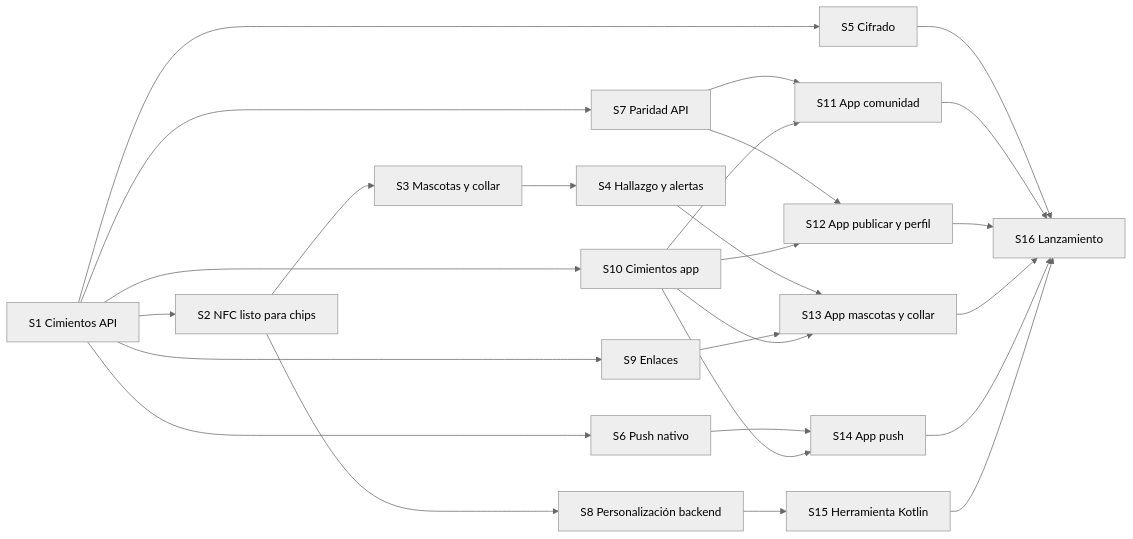
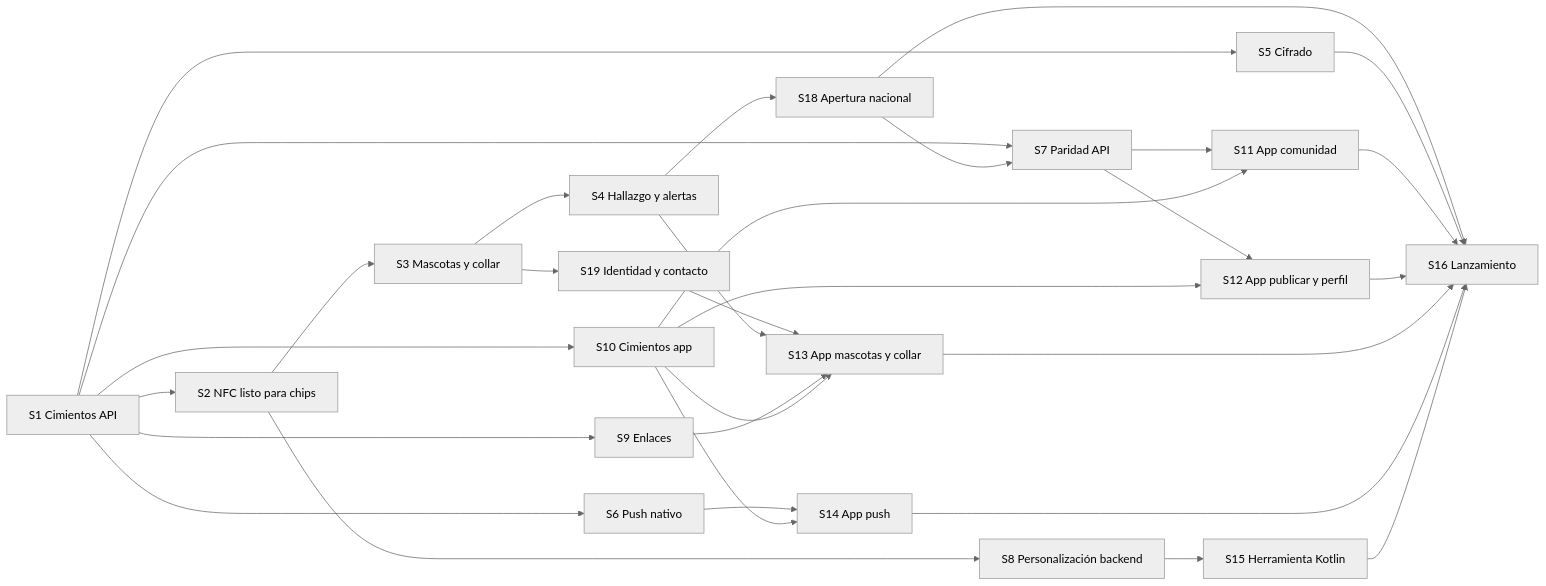
One commit to CHEM00/Esperanza-Animal-Mobile changed the diagram in docs/09-plan-de-trabajo.md. Above: the diagram before and after it, drawn with Mermaid (neutral theme). The commit also changed other lines of this file and 8 other files, not shown here.

First line of the commit message:
docs: S4 cerrada y probada; apertura nacional (S18), identidad y contacto (S19), ADR-012 y ADR-013

````diff
--- a/docs/09-plan-de-trabajo.md
+++ b/docs/09-plan-de-trabajo.md
@@ -21,28 +21,33 @@
 ```mermaid
 flowchart LR
   S1[S1 Cimientos API] --> S2[S2 NFC listo para chips]
   S1 --> S10[S10 Cimientos app]
   S1 --> S5[S5 Cifrado]
   S1 --> S6[S6 Push nativo]
   S1 --> S7[S7 Paridad API]
   S1 --> S9[S9 Enlaces]
   S2 --> S3[S3 Mascotas y collar]
   S3 --> S4[S4 Hallazgo y alertas]
+  S4 --> S18[S18 Apertura nacional]
+  S3 --> S19[S19 Identidad y contacto]
+  S18 --> S7
+  S19 --> S13
+  S18 --> S16
   S2 --> S8[S8 Personalización backend]
   S8 --> S15[S15 Herramienta Kotlin]
   S7 --> S11[S11 App comunidad]
   S7 --> S12[S12 App publicar y perfil]
   S10 --> S11
   S10 --> S12
   S4 --> S13[S13 App mascotas y collar]
   S9 --> S13
   S10 --> S13
   S6 --> S14[S14 App push]
   S10 --> S14
   S5 --> S16[S16 Lanzamiento]
   S11 --> S16
   S12 --> S16
   S13 --> S16
   S14 --> S16
   S15 --> S16
 ```
````
